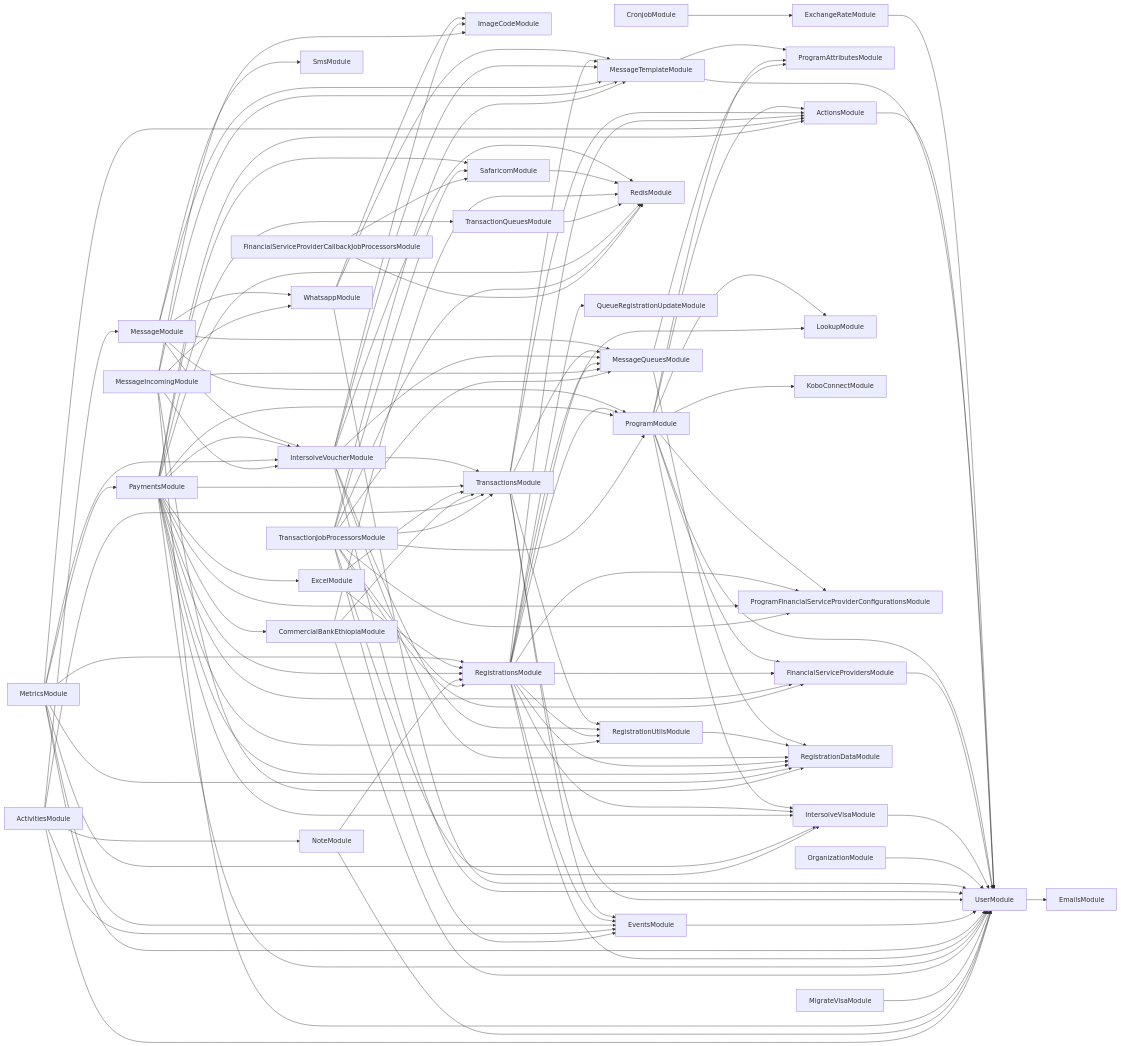
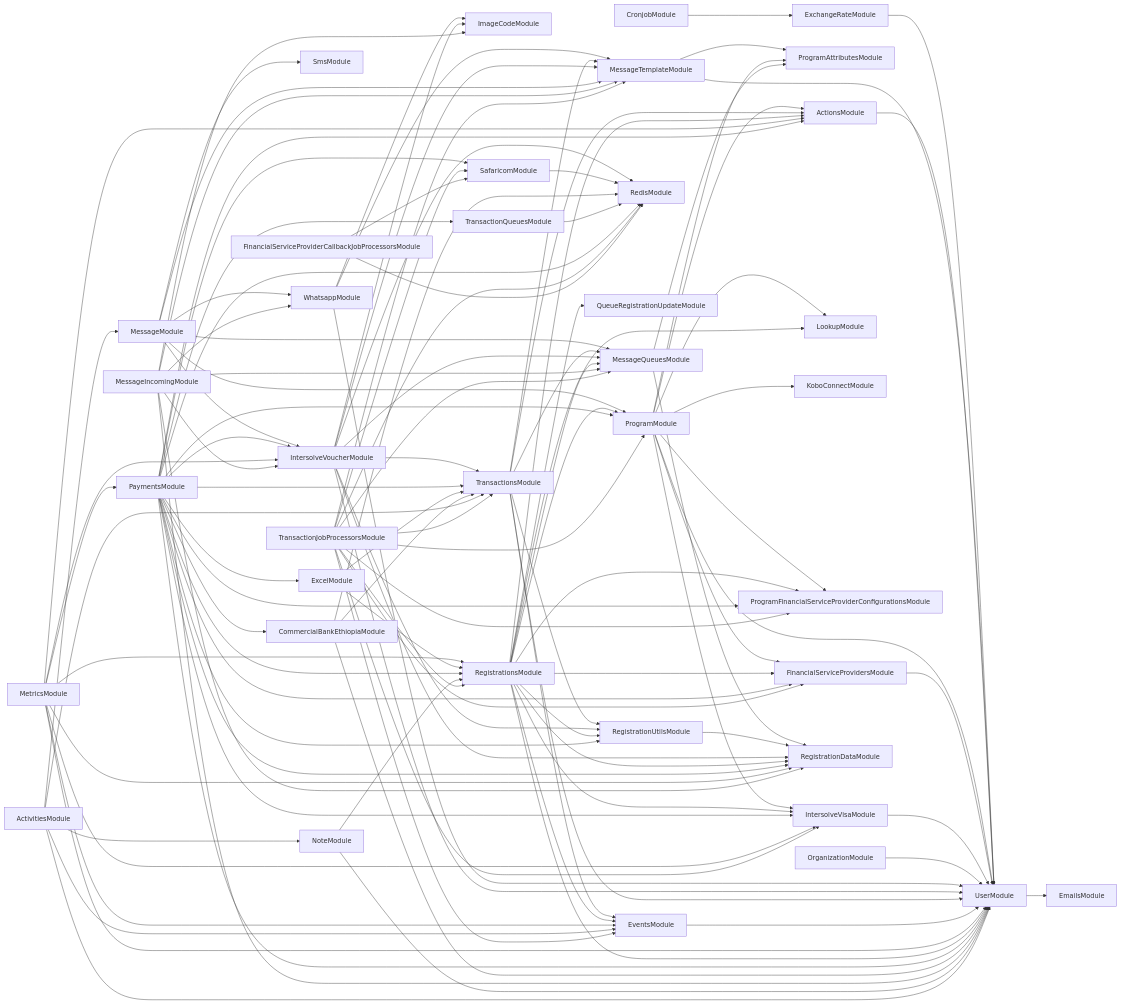
One commit to global-121/121-platform changed the diagram in services/121-service/module-dependencies.md. Above: the diagram before and after it, drawn with Mermaid. The commit also changed 340 other files, not shown here.

```diff
--- a/services/121-service/module-dependencies.md
+++ b/services/121-service/module-dependencies.md
@@ -89,7 +89,6 @@
   MetricsModule-->IntersolveVoucherModule
   MetricsModule-->EventsModule
   MetricsModule-->RegistrationDataModule
-  MigrateVisaModule-->UserModule
   MessageIncomingModule-->ImageCodeModule
   MessageIncomingModule-->UserModule
   MessageIncomingModule-->IntersolveVoucherModule
```
